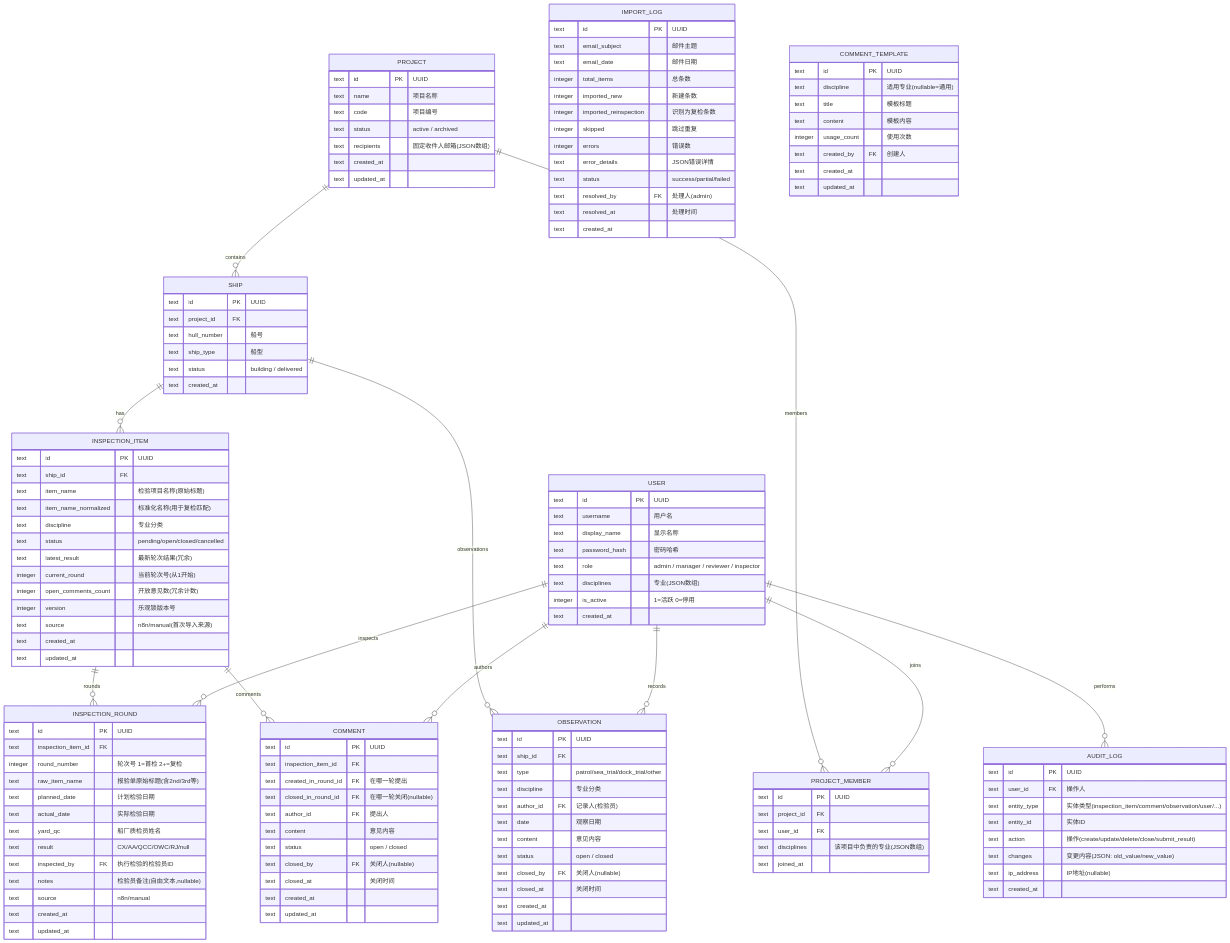
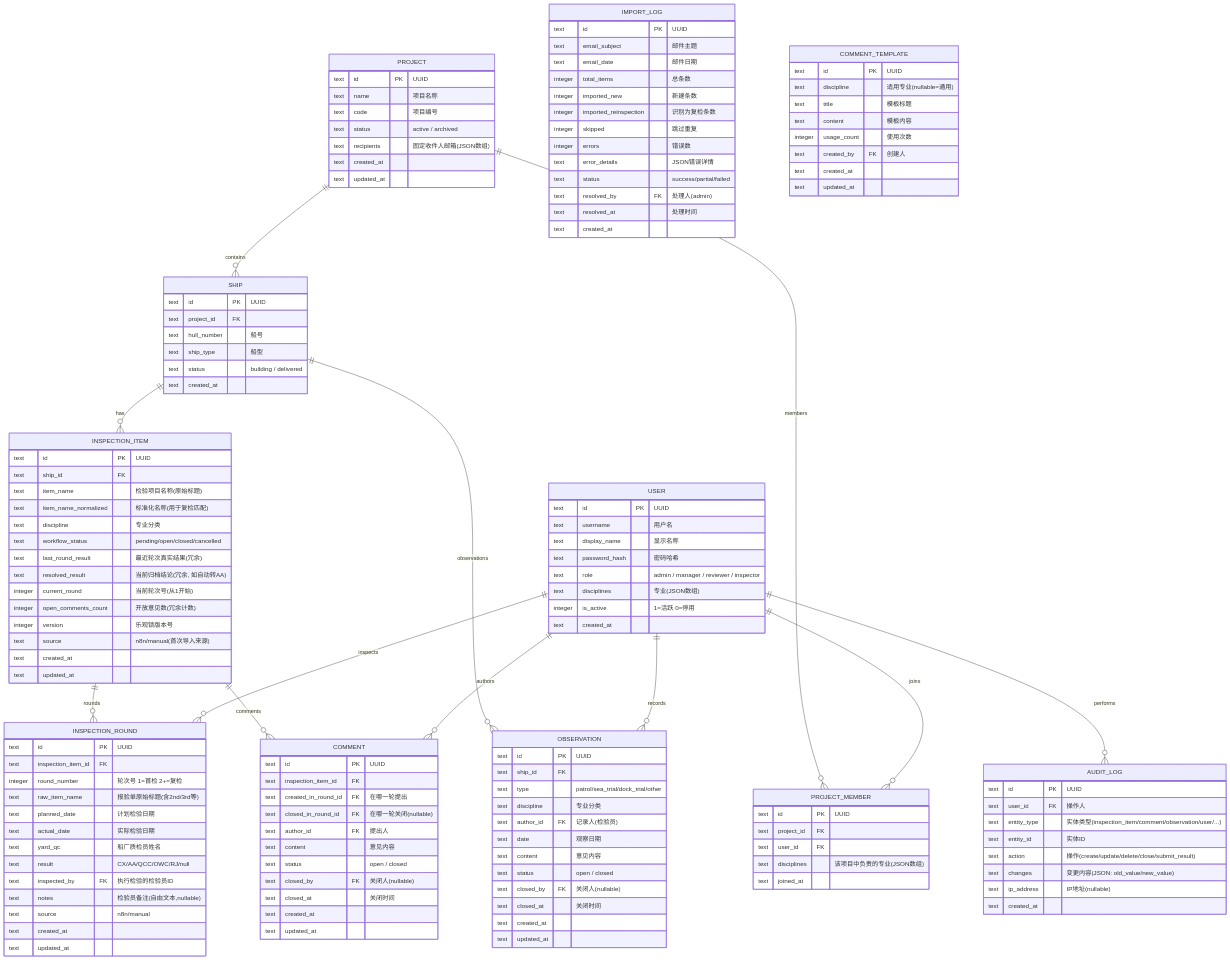
One commit to xingkaijun/nbins changed the fourth of 6 diagrams in docs/architecture.md. Above: the diagram before and after it, drawn with Mermaid. The commit also changed other lines of this file and 3 other files, not shown here.

Commit message:
docs: align NBINS v6 architecture and workflow decisions

```diff
--- a/docs/architecture.md
+++ b/docs/architecture.md
@@ -194,8 +195,9 @@
         text item_name "检验项目名称(原始标题)"
         text item_name_normalized "标准化名称(用于复检匹配)"
         text discipline "专业分类"
-        text status "pending/open/closed/cancelled"
-        text latest_result "最新轮次结果(冗余)"
+        text workflow_status "pending/open/closed/cancelled"
+        text last_round_result "最近轮次真实结果(冗余)"
+        text resolved_result "当前归档结论(冗余, 如自动转AA)"
         integer current_round "当前轮次号(从1开始)"
         integer open_comments_count "开放意见数(冗余计数)"
         integer version "乐观锁版本号"
```
